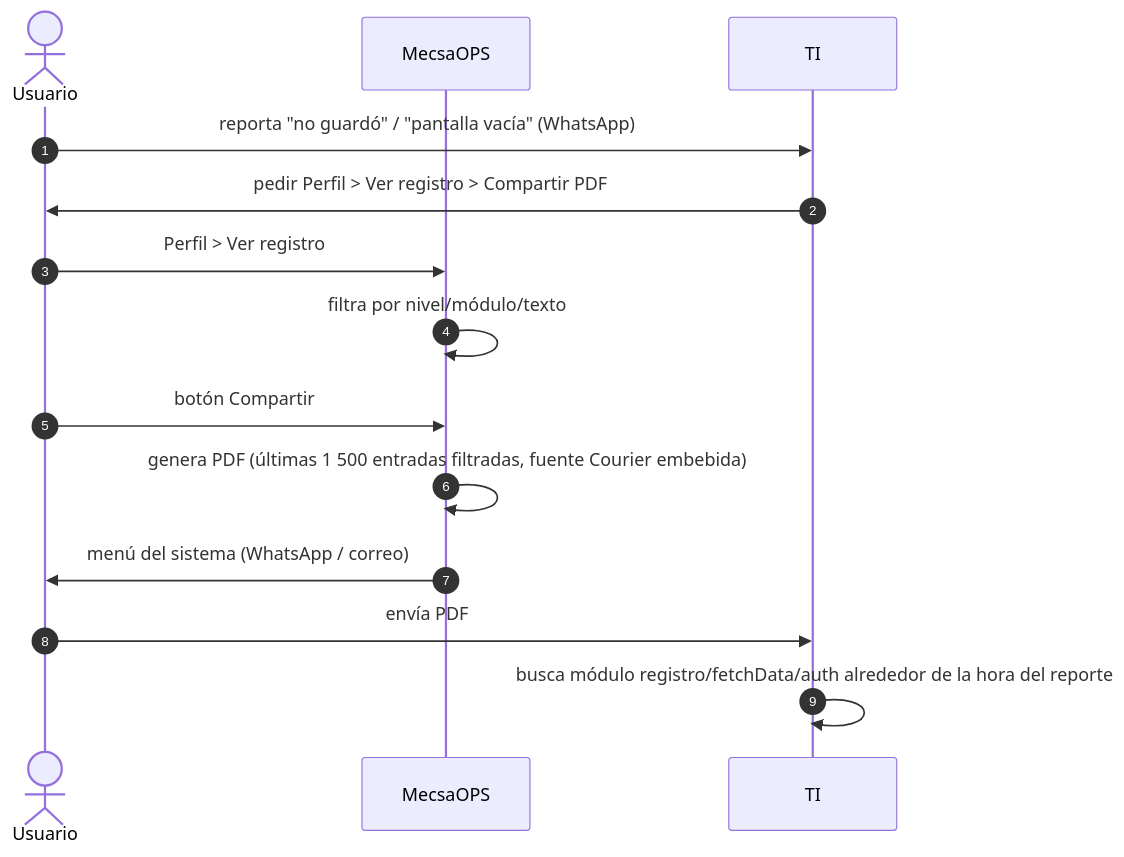
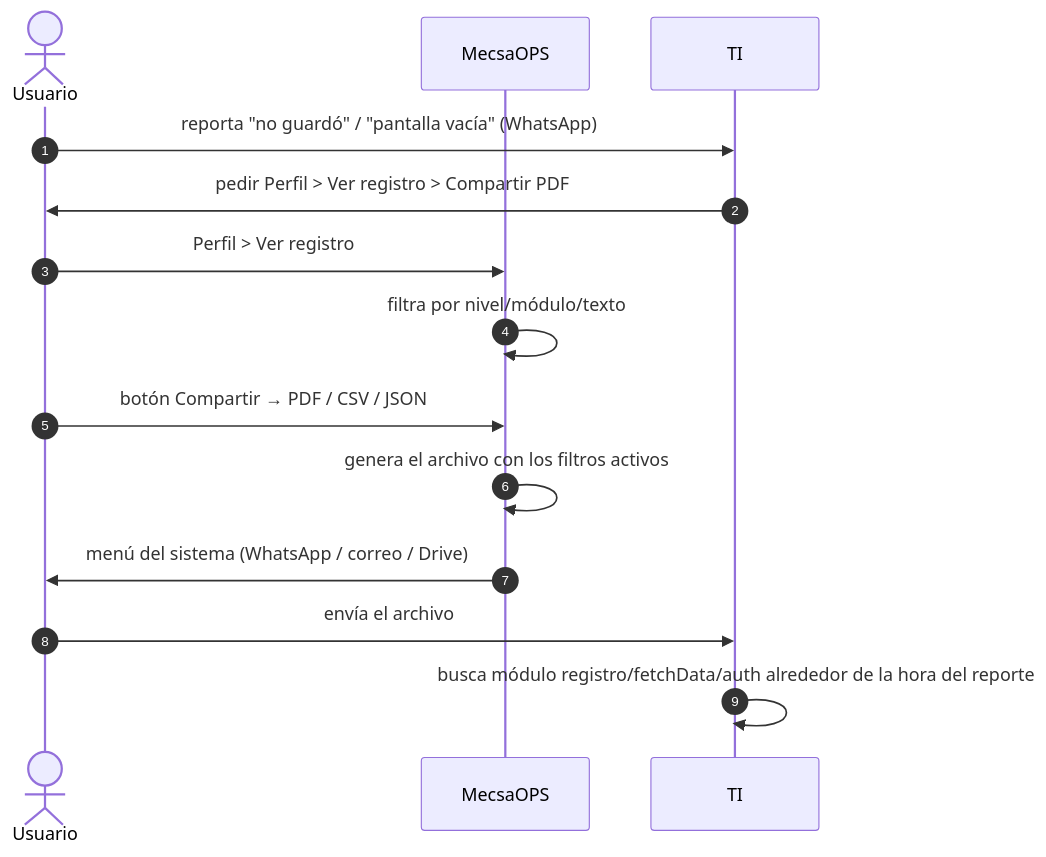
One commit to emmanueljarquin-sys/mecsa_ops_mobile changed the second of 2 diagrams in docs/11-registro-de-actividad.md. Above: the diagram before and after it, drawn with Mermaid. The commit also changed other lines of this file and 8 other files, not shown here.

````diff
--- a/docs/11-registro-de-actividad.md
+++ b/docs/11-registro-de-actividad.md
@@ -71,17 +71,17 @@
 ```mermaid
 sequenceDiagram
     autonumber
     actor U as Usuario
     participant App as MecsaOPS
     participant TI
 
     U->>TI: reporta "no guardó" / "pantalla vacía" (WhatsApp)
     TI->>U: pedir Perfil > Ver registro > Compartir PDF
     U->>App: Perfil > Ver registro
     App->>App: filtra por nivel/módulo/texto
-    U->>App: botón Compartir
-    App->>App: genera PDF (últimas 1 500 entradas filtradas, fuente Courier embebida)
-    App->>U: menú del sistema (WhatsApp / correo)
-    U->>TI: envía PDF
+    U->>App: botón Compartir → PDF / CSV / JSON
+    App->>App: genera el archivo con los filtros activos
+    App->>U: menú del sistema (WhatsApp / correo / Drive)
+    U->>TI: envía el archivo
     TI->>TI: busca módulo registro/fetchData/auth alrededor de la hora del reporte
 ```
````
